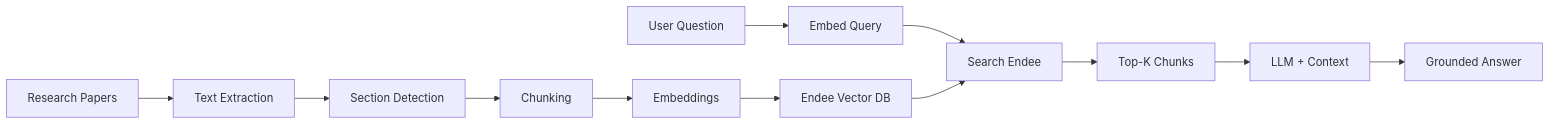
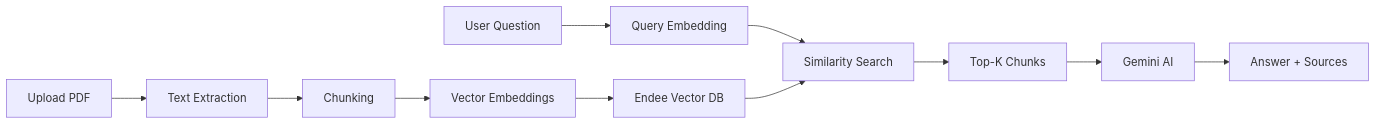
The diagram in README.md (abhishiktha-15/ai-research-assistant), drawn with Mermaid before and after one commit. The commit also changed other lines of this file, not shown here.

````diff
--- a/README.md
+++ b/README.md
@@ -18,15 +80,14 @@
 ```mermaid
 graph LR
-    A[Research Papers] --> B[Text Extraction]
-    B --> C[Section Detection]
-    C --> D[Chunking]
-    D --> E[Embeddings]
-    E --> F[Endee Vector DB]
+    A[Upload PDF] --> B[Text Extraction]
+    B --> C[Chunking]
+    C --> D[Vector Embeddings]
+    D --> E[Endee Vector DB]
     
-    G[User Question] --> H[Embed Query]
-    H --> I[Search Endee]
-    F --> I
-    I --> J[Top-K Chunks]
-    J --> K[LLM + Context]
-    K --> L[Grounded Answer]
+    F[User Question] --> G[Query Embedding]
+    G --> H[Similarity Search]
+    E --> H
+    H --> I[Top-K Chunks]
+    I --> J[Gemini AI]
+    J --> K[Answer + Sources]
 ```
````
